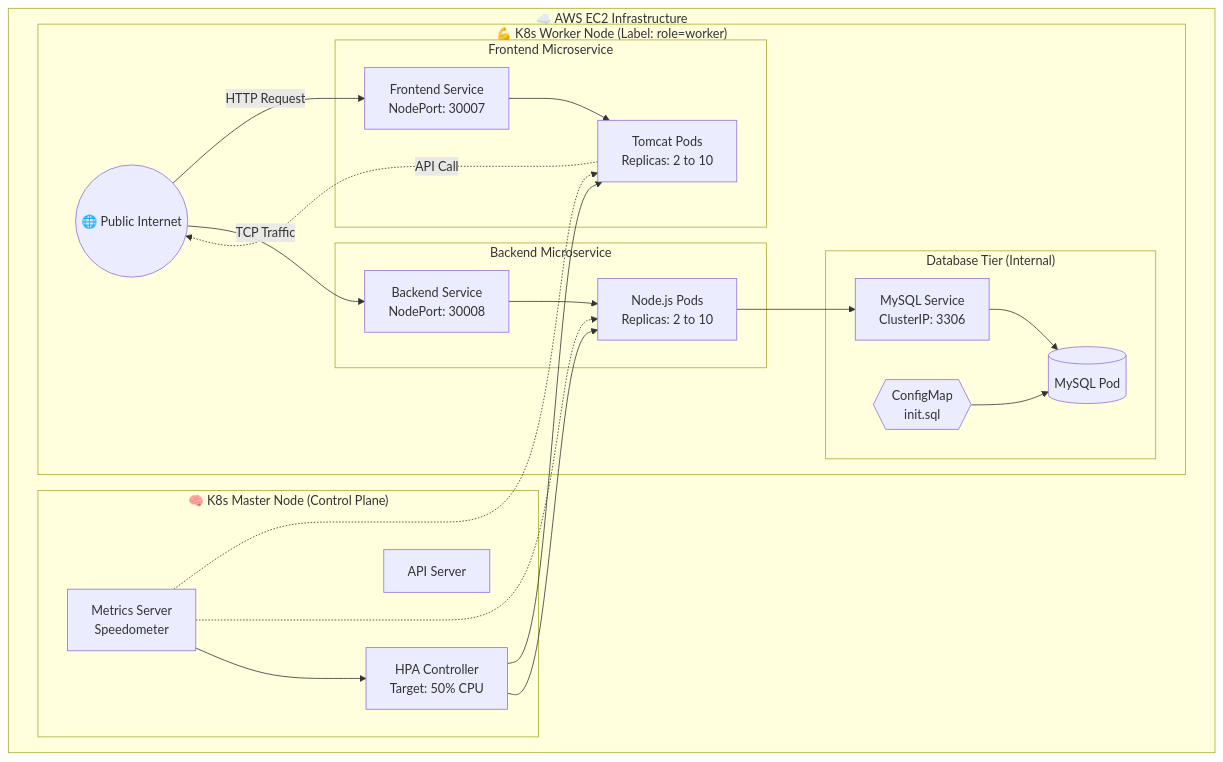
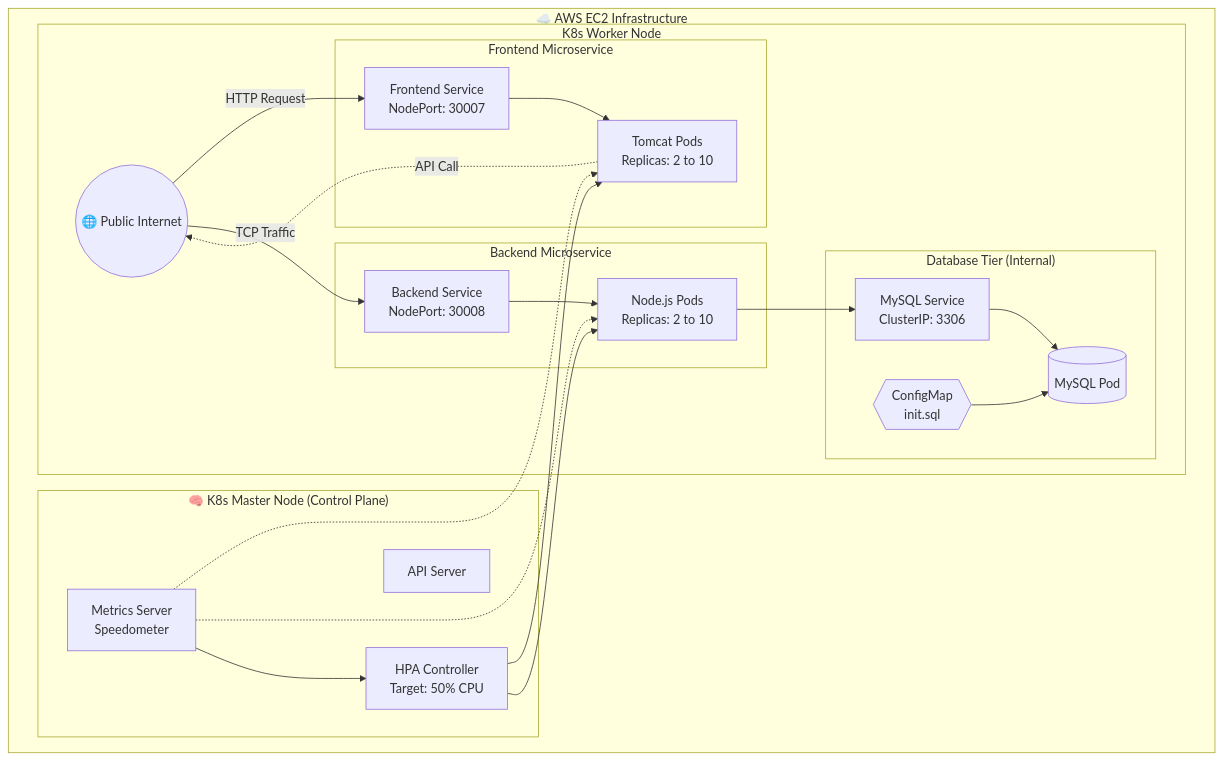
Before and after one commit to 15Vaibhavparte/netflix-k8s-autoscaler: the diagram in README.md, drawn with Mermaid. The commit also changed other lines of this file, not shown here.

````diff
--- a/README.md
+++ b/README.md
@@ -116,46 +109,46 @@
 ```mermaid
 graph TB
     subgraph "☁️ AWS EC2 Infrastructure"
         
         subgraph "🧠 K8s Master Node (Control Plane)"
             API[API Server]
             Metrics[Metrics Server<br/>Speedometer]
             HPA_Controller[HPA Controller<br/>Target: 50% CPU]
         end
 
-        subgraph "💪 K8s Worker Node (Label: role=worker)"
+        subgraph " K8s Worker Node "
             Ingress((🌐 Public Internet))
             
             subgraph "Frontend Microservice"
                 FrontSVC[Frontend Service<br/>NodePort: 30007]
                 FrontPods[Tomcat Pods<br/>Replicas: 2 to 10]
             end
             
             subgraph "Backend Microservice"
                 BackSVC[Backend Service<br/>NodePort: 30008]
                 BackPods[Node.js Pods<br/>Replicas: 2 to 10]
             end
             
             subgraph "Database Tier (Internal)"
                 DBSVC[MySQL Service<br/>ClusterIP: 3306]
                 DBPod[(MySQL Pod)]
                 CMap{{ConfigMap<br/>init.sql}}
             end
         end
     end
 
     Ingress -->|HTTP Request| FrontSVC
     FrontSVC --> FrontPods
     FrontPods -.->|API Call| Ingress
     Ingress -->|TCP Traffic| BackSVC
     BackSVC --> BackPods
     BackPods --> DBSVC
     DBSVC --> DBPod
     
     CMap --> DBPod
     Metrics -.-> FrontPods
     Metrics -.-> BackPods
     Metrics --> HPA_Controller
     HPA_Controller --> FrontPods
     HPA_Controller --> BackPods
 ```
````
